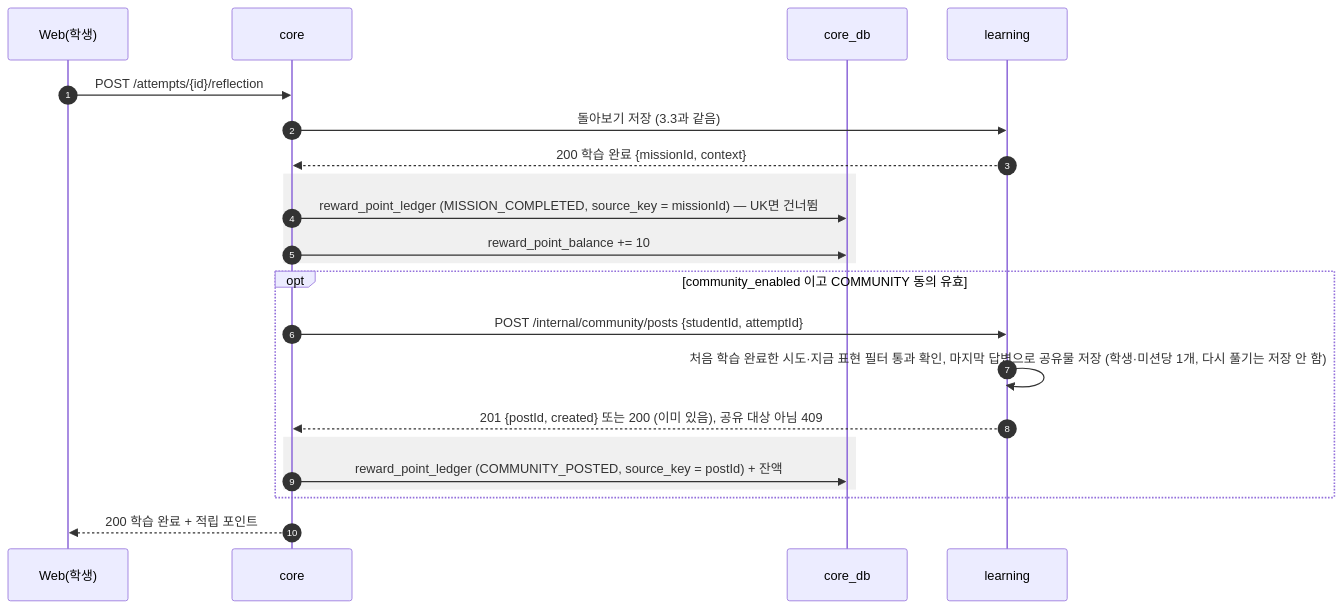
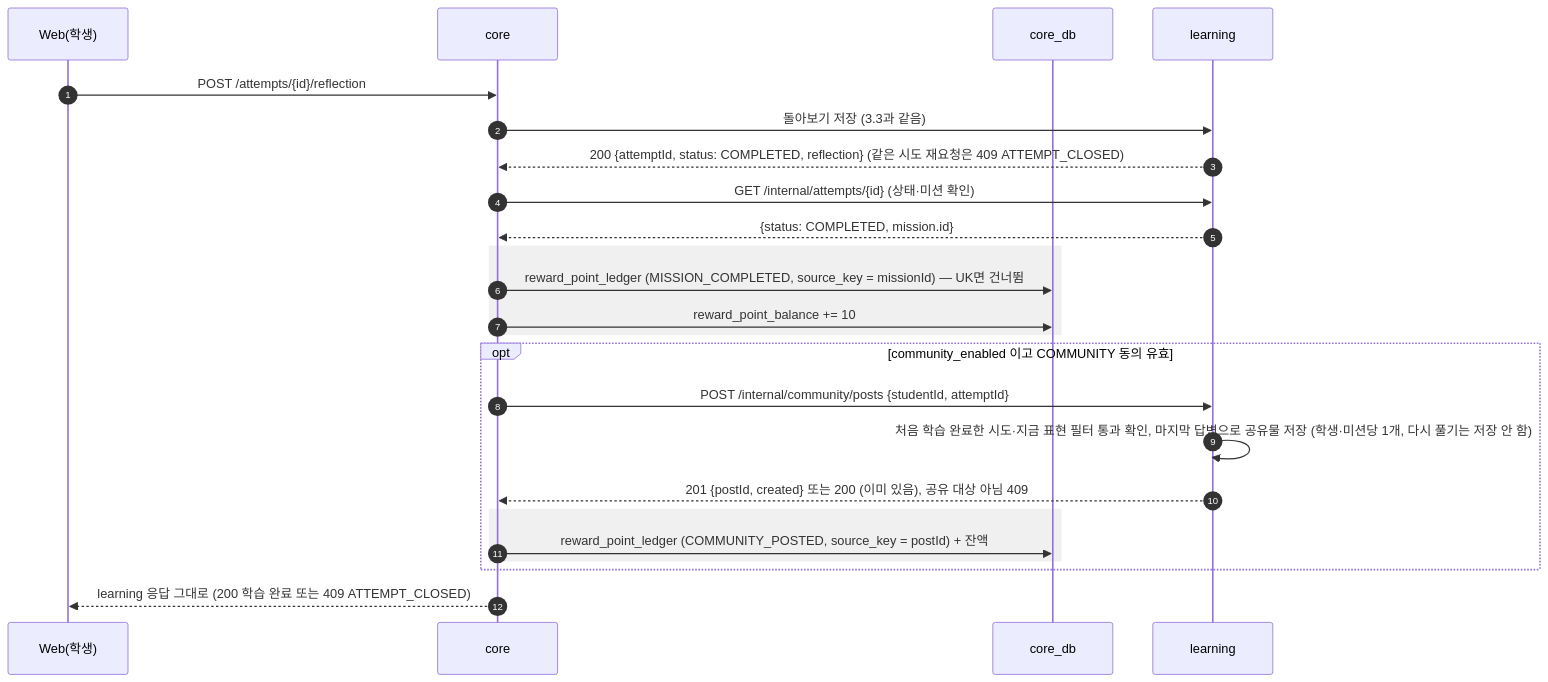
One commit to SKNETWORKS-FAMILY-AICAMP/SKN34-FINAL-3TEAM changed diagram 16 of 34 in docs/design/sequence-diagram.md. Above: the diagram before and after it, drawn with Mermaid. The commit also changed other lines of this file and 24 other files, not shown here.

````diff
--- a/docs/design/sequence-diagram.md
+++ b/docs/design/sequence-diagram.md
@@ -627,25 +630,27 @@
 ```mermaid
 sequenceDiagram
   autonumber
   participant W as Web(학생)
   participant C as core
   participant CDB as core_db
   participant L as learning
 
   W->>C: POST /attempts/{id}/reflection
   C->>L: 돌아보기 저장 (3.3과 같음)
-  L-->>C: 200 학습 완료 {missionId, context}
+  L-->>C: 200 {attemptId, status: COMPLETED, reflection} (같은 시도 재요청은 409 ATTEMPT_CLOSED)
+  C->>L: GET /internal/attempts/{id} (상태·미션 확인)
+  L-->>C: {status: COMPLETED, mission.id}
   rect rgba(128,128,128,0.12)
     C->>CDB: reward_point_ledger (MISSION_COMPLETED, source_key = missionId) — UK면 건너뜀
     C->>CDB: reward_point_balance += 10
   end
   opt community_enabled 이고 COMMUNITY 동의 유효
     C->>L: POST /internal/community/posts {studentId, attemptId}
     L->>L: 처음 학습 완료한 시도·지금 표현 필터 통과 확인, 마지막 답변으로 공유물 저장 (학생·미션당 1개, 다시 풀기는 저장 안 함)
     L-->>C: 201 {postId, created} 또는 200 (이미 있음), 공유 대상 아님 409
     rect rgba(128,128,128,0.12)
       C->>CDB: reward_point_ledger (COMMUNITY_POSTED, source_key = postId) + 잔액
     end
   end
-  C-->>W: 200 학습 완료 + 적립 포인트
+  C-->>W: learning 응답 그대로 (200 학습 완료 또는 409 ATTEMPT_CLOSED)
 ```
````
